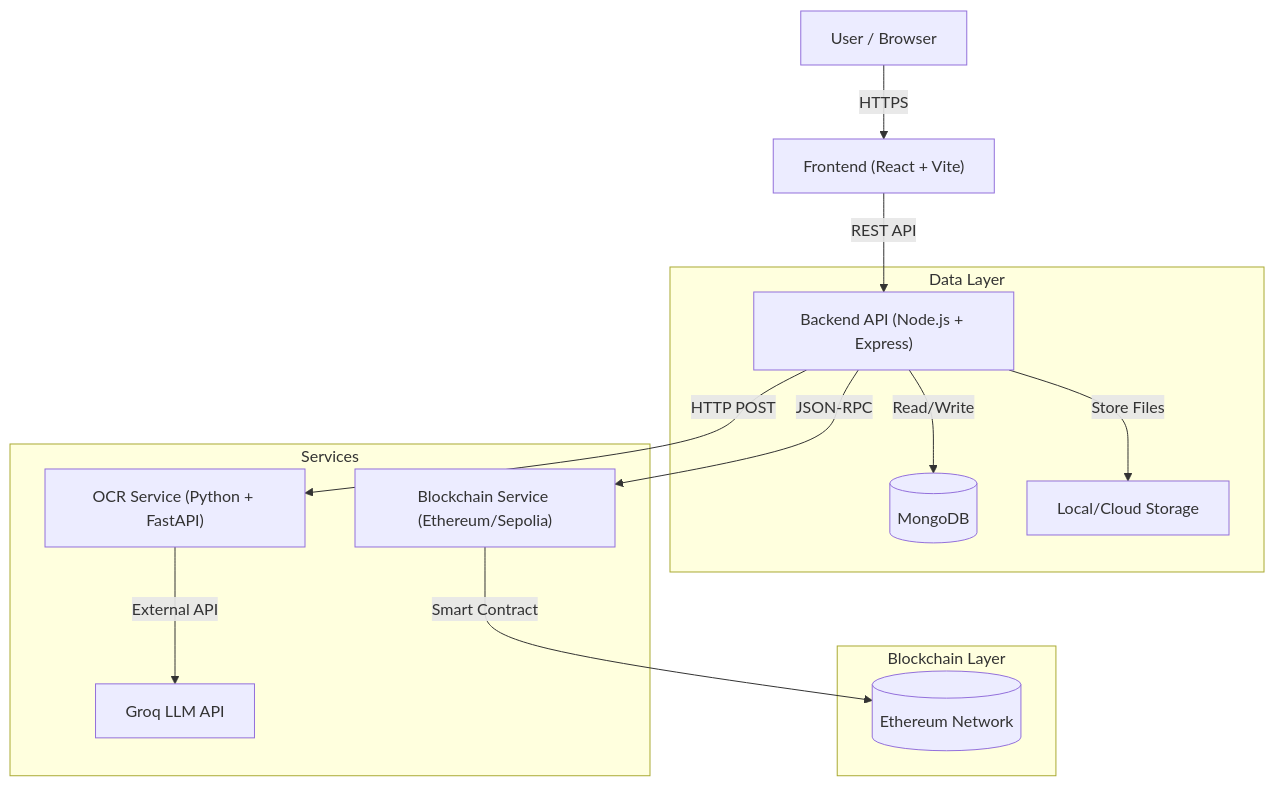
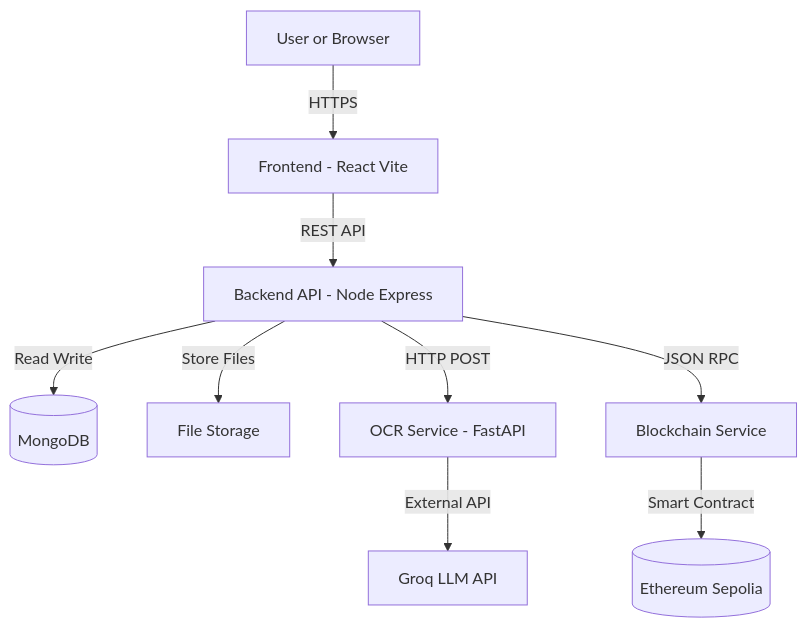
Before and after one commit to Abhinavkumar2025/MedLedger: the diagram in design.md, drawn with Mermaid.

````diff
--- a/design.md
+++ b/design.md
@@ -7,20 +7,19 @@
 ```mermaid
-graph TD
-    User["User / Browser"] -->|HTTPS| Frontend["Frontend (React + Vite)"]
-    Frontend -->|REST API| Backend["Backend API (Node.js + Express)"]
+flowchart TD
 
-    subgraph "Data Layer"
-        Backend -->|Read/Write| DB[(MongoDB)]
-        Backend -->|Store Files| Storage["Local/Cloud Storage"]
-    end
+    U[User or Browser] -->|HTTPS| F[Frontend - React Vite]
+    F -->|REST API| B[Backend API - Node Express]
 
-    subgraph "Services"
-        Backend -->|HTTP POST| OCR["OCR Service (Python + FastAPI)"]
-        OCR -->|External API| Groq["Groq LLM API"]
-        Backend -->|JSON-RPC| Blockchain["Blockchain Service (Ethereum/Sepolia)"]
-    end
+    %% Data Layer
+    B -->|Read Write| DB[(MongoDB)]
+    B -->|Store Files| FS[File Storage]
 
-    subgraph "Blockchain Layer"
-        Blockchain -->|Smart Contract| Ethereum[(Ethereum Network)]
-    end
+    %% Services
+    B -->|HTTP POST| O[OCR Service - FastAPI]
+    O -->|External API| G[Groq LLM API]
+    B -->|JSON RPC| BC[Blockchain Service]
+
+    %% Blockchain
+    BC -->|Smart Contract| ETH[(Ethereum Sepolia)]
+
 ```
````
